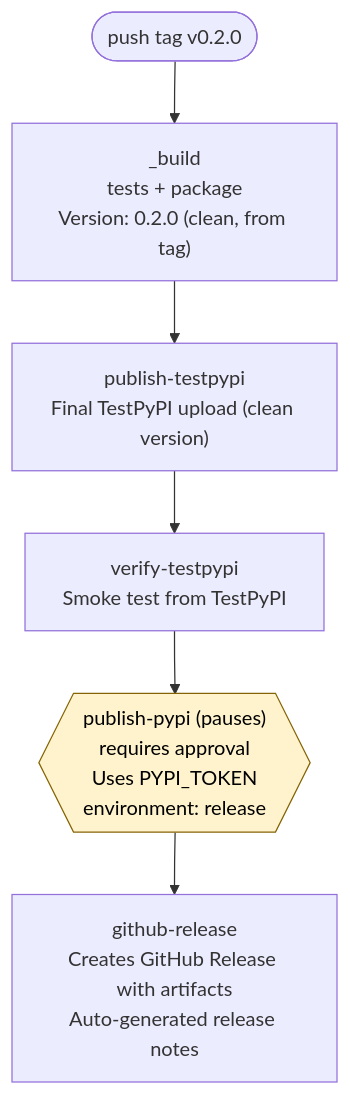
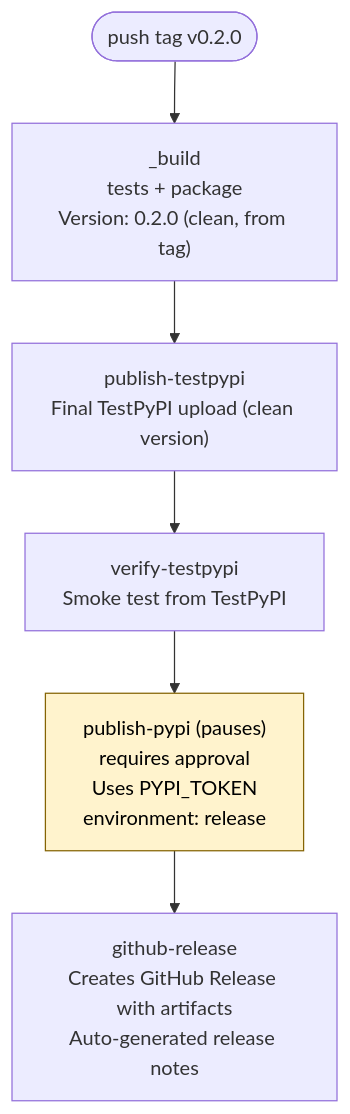
One commit to Azure/agentops changed the second of 3 diagrams in docs/release-process.md. Above: the diagram before and after it, drawn with Mermaid. The commit also changed other lines of this file and 5 other files, not shown here.

Commit message:
Fix Mermaid rendering and diagram labels

````diff
--- a/docs/release-process.md
+++ b/docs/release-process.md
@@ -513,14 +513,14 @@
 ```mermaid
 flowchart TD
     tag(["push tag v0.2.0"])
     build["_build<br/>tests + package<br/>Version: 0.2.0 (clean, from tag)"]
     publishTest["publish-testpypi<br/>Final TestPyPI upload (clean version)"]
     verifyTest["verify-testpypi<br/>Smoke test from TestPyPI"]
-    publishPypi{{"publish-pypi (pauses)<br/>requires approval<br/>Uses PYPI_TOKEN<br/>environment: release"}}
+    publishPypi["publish-pypi (pauses)<br/>requires approval<br/>Uses PYPI_TOKEN<br/>environment: release"]
     ghRelease["github-release<br/>Creates GitHub Release with artifacts<br/>Auto-generated release notes"]
 
     tag --> build --> publishTest --> verifyTest --> publishPypi --> ghRelease
 
     classDef gate fill:#fff3cd,stroke:#856404,color:#000;
     class publishPypi gate;
 ```
````
